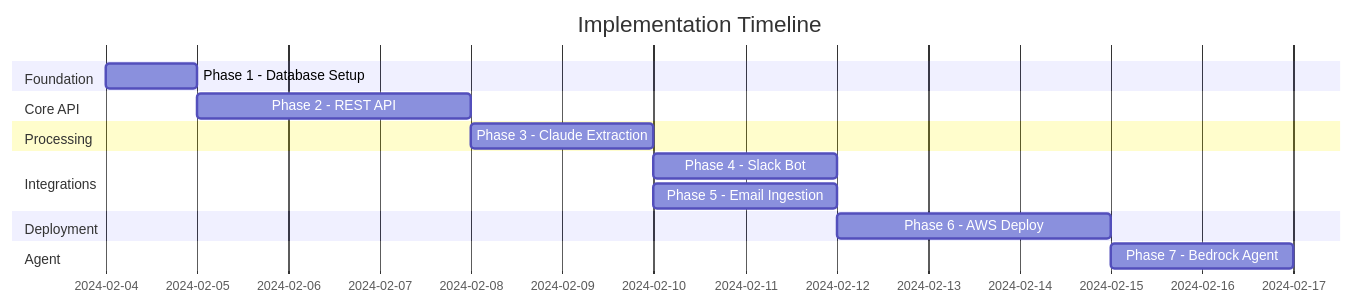
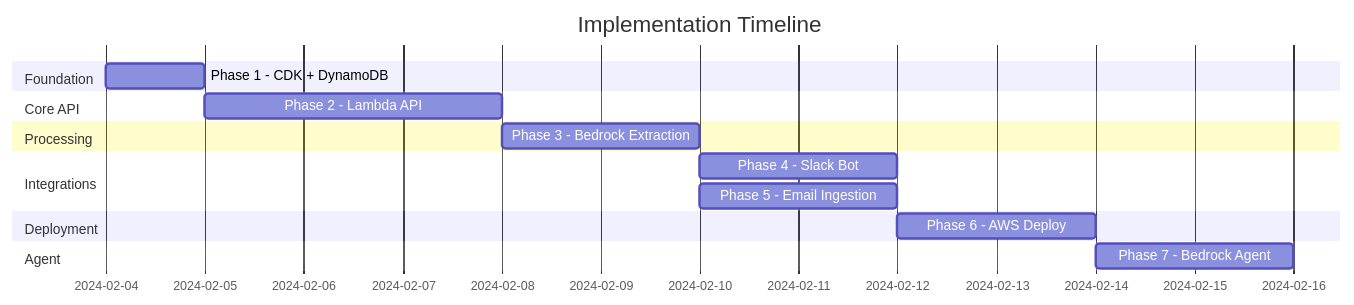
The diagram in decision-ledger/IMPLEMENTATION_PLAN.md (rawatadit/decision-ledger), drawn with Mermaid before and after one commit. The commit also changed other lines of this file and 1 other file, not shown here.

First line of the commit message:
Fix all remaining PostgreSQL references to DynamoDB

````diff
--- a/decision-ledger/IMPLEMENTATION_PLAN.md
+++ b/decision-ledger/IMPLEMENTATION_PLAN.md
@@ -369,18 +403,18 @@
 ```mermaid
 gantt
     title Implementation Timeline
     dateFormat  YYYY-MM-DD
     section Foundation
-    Phase 1 - Database Setup     :p1, 2024-02-04, 1d
+    Phase 1 - CDK + DynamoDB    :p1, 2024-02-04, 1d
     section Core API
-    Phase 2 - REST API           :p2, after p1, 3d
+    Phase 2 - Lambda API        :p2, after p1, 3d
     section Processing
-    Phase 3 - Claude Extraction  :p3, after p2, 2d
+    Phase 3 - Bedrock Extraction:p3, after p2, 2d
     section Integrations
-    Phase 4 - Slack Bot          :p4, after p3, 2d
-    Phase 5 - Email Ingestion    :p5, after p3, 2d
+    Phase 4 - Slack Bot         :p4, after p3, 2d
+    Phase 5 - Email Ingestion   :p5, after p3, 2d
     section Deployment
-    Phase 6 - AWS Deploy         :p6, after p4 p5, 3d
+    Phase 6 - AWS Deploy        :p6, after p4 p5, 2d
     section Agent
-    Phase 7 - Bedrock Agent      :p7, after p6, 2d
+    Phase 7 - Bedrock Agent     :p7, after p6, 2d
 ```
````
